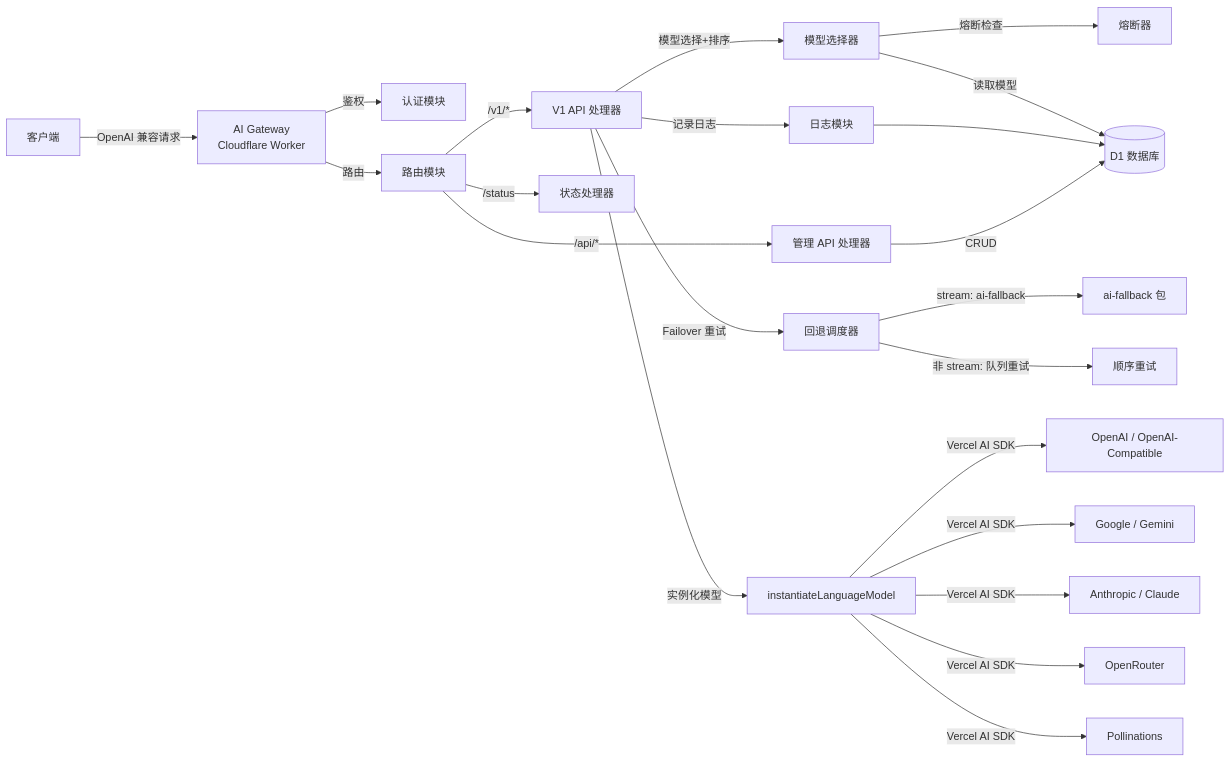
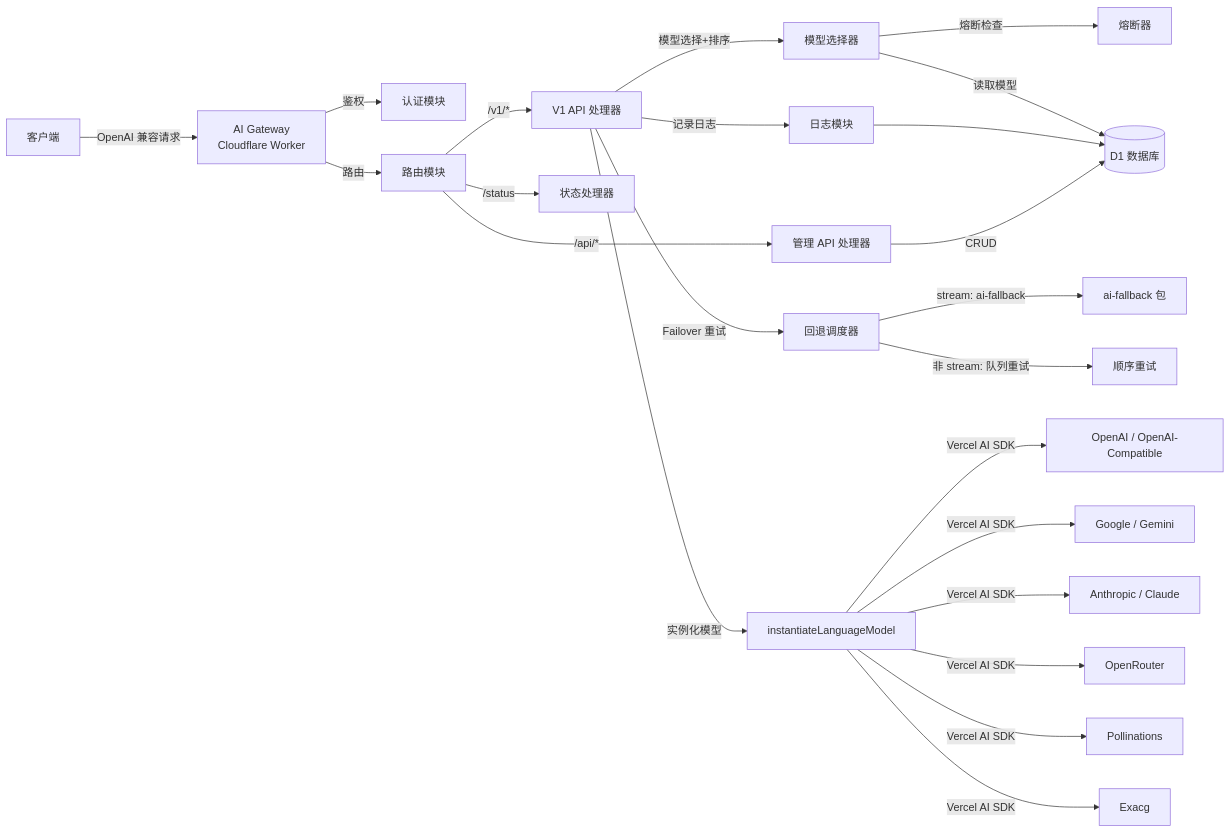
The second of 10 diagrams in DEVELOPMENT.md (excing/open-ai-gateway), drawn with Mermaid before and after one commit. The commit also changed other lines of this file and 4 other files, not shown here.

````diff
--- a/DEVELOPMENT.md
+++ b/DEVELOPMENT.md
@@ -70,24 +70,25 @@
 ```mermaid
 graph LR
     Client[客户端] -->|OpenAI 兼容请求| GW[AI Gateway<br/>Cloudflare Worker]
     GW -->|鉴权| Auth[认证模块]
     GW -->|路由| Router[路由模块]
     Router -->|/v1/*| V1[V1 API 处理器]
     Router -->|/api/*| Admin[管理 API 处理器]
     Router -->|/status| Status[状态处理器]
     V1 -->|模型选择+排序| Selector[模型选择器]
     Selector -->|熔断检查| CB[熔断器]
     Selector -->|读取模型| D1[(D1 数据库)]
     V1 -->|Failover 重试| Failover[回退调度器]
     Failover -->|stream: ai-fallback| AIF[ai-fallback 包]
     Failover -->|非 stream: 队列重试| Queue[顺序重试]
     V1 -->|实例化模型| ILM[instantiateLanguageModel]
     ILM -->|Vercel AI SDK| OpenAI_P[OpenAI / OpenAI-Compatible]
     ILM -->|Vercel AI SDK| Google_P[Google / Gemini]
     ILM -->|Vercel AI SDK| Anthropic_P[Anthropic / Claude]
     ILM -->|Vercel AI SDK| OpenRouter_P[OpenRouter]
     ILM -->|Vercel AI SDK| Pollinations_P[Pollinations]
+    ILM -->|Vercel AI SDK| Exacg_P[Exacg]
     V1 -->|记录日志| Logger[日志模块]
     Logger --> D1
     Admin -->|CRUD| D1
 ```
````
